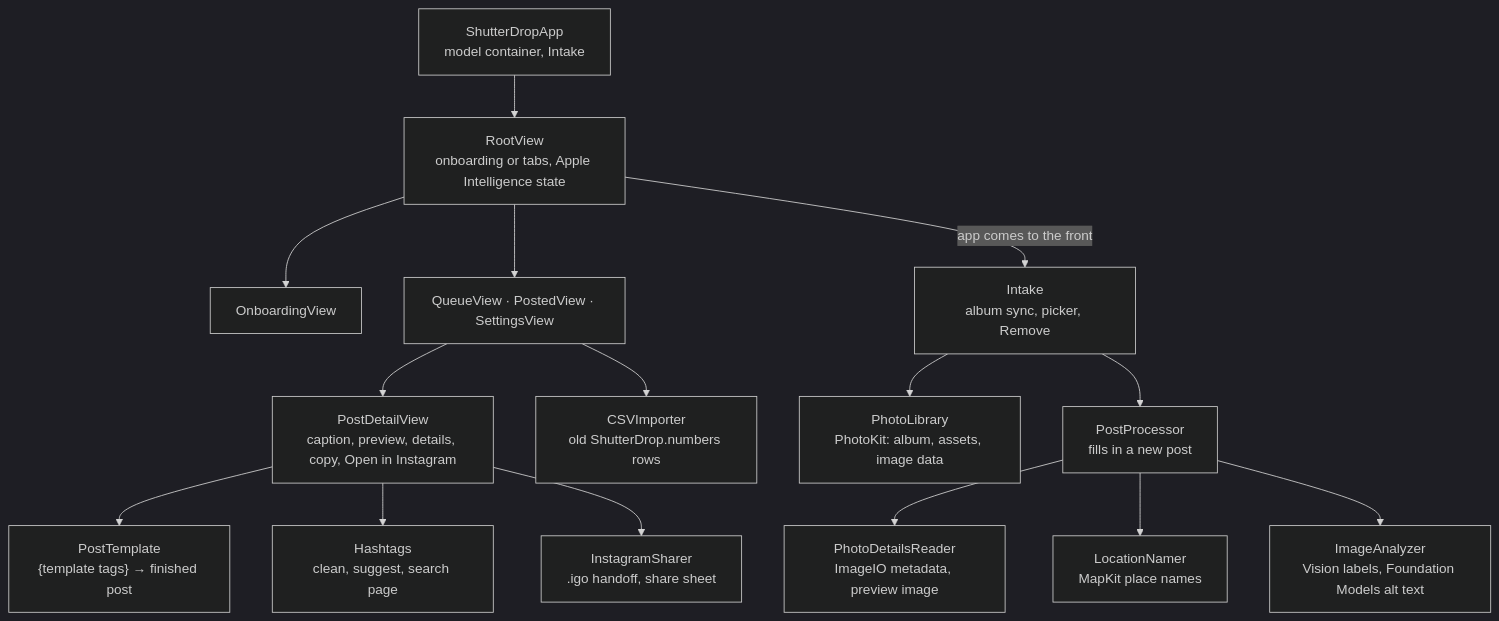
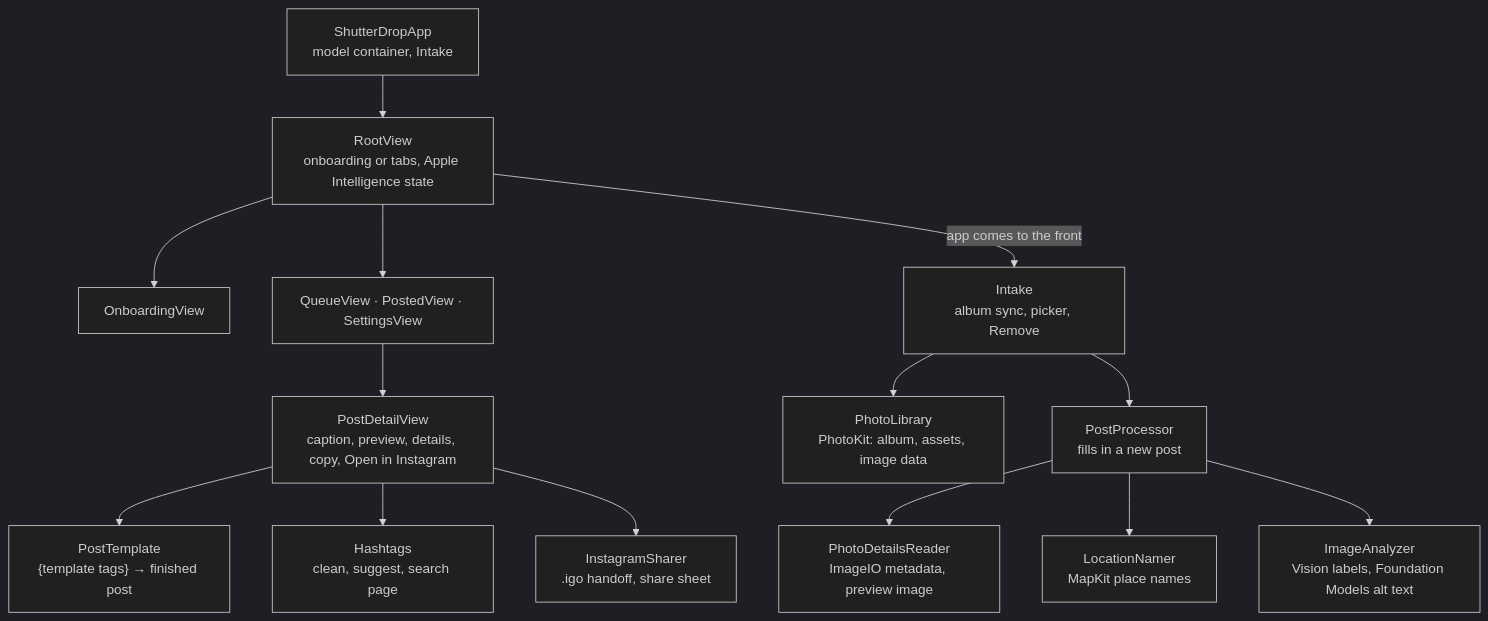
One commit to cressmancm/ShutterDropApp changed the diagram in ARCHITECTURE.md. Above: the diagram before and after it, drawn with Mermaid (dark theme). The commit also changed other lines of this file and 78 other files, not shown here.

````diff
--- a/ARCHITECTURE.md
+++ b/ARCHITECTURE.md
@@ -5,20 +7,19 @@
 ```mermaid
 flowchart TD
     app["ShutterDropApp<br/>model container, Intake"]
     app --> root["RootView<br/>onboarding or tabs, Apple Intelligence state"]
     root --> onboarding["OnboardingView"]
     root --> tabs["QueueView · PostedView · SettingsView"]
     tabs --> detail["PostDetailView<br/>caption, preview, details, copy, Open in Instagram"]
 
     root -->|app comes to the front| intake["Intake<br/>album sync, picker, Remove"]
     intake --> library["PhotoLibrary<br/>PhotoKit: album, assets, image data"]
     intake --> processor["PostProcessor<br/>fills in a new post"]
     processor --> reader["PhotoDetailsReader<br/>ImageIO metadata, preview image"]
     processor --> namer["LocationNamer<br/>MapKit place names"]
     processor --> analyzer["ImageAnalyzer<br/>Vision labels, Foundation Models alt text"]
 
     detail --> template["PostTemplate<br/>{template tags} → finished post"]
     detail --> hashtags["Hashtags<br/>clean, suggest, search page"]
     detail --> sharer["InstagramSharer<br/>.igo handoff, share sheet"]
-    tabs --> importer["CSVImporter<br/>old ShutterDrop.numbers rows"]
 ```
````
